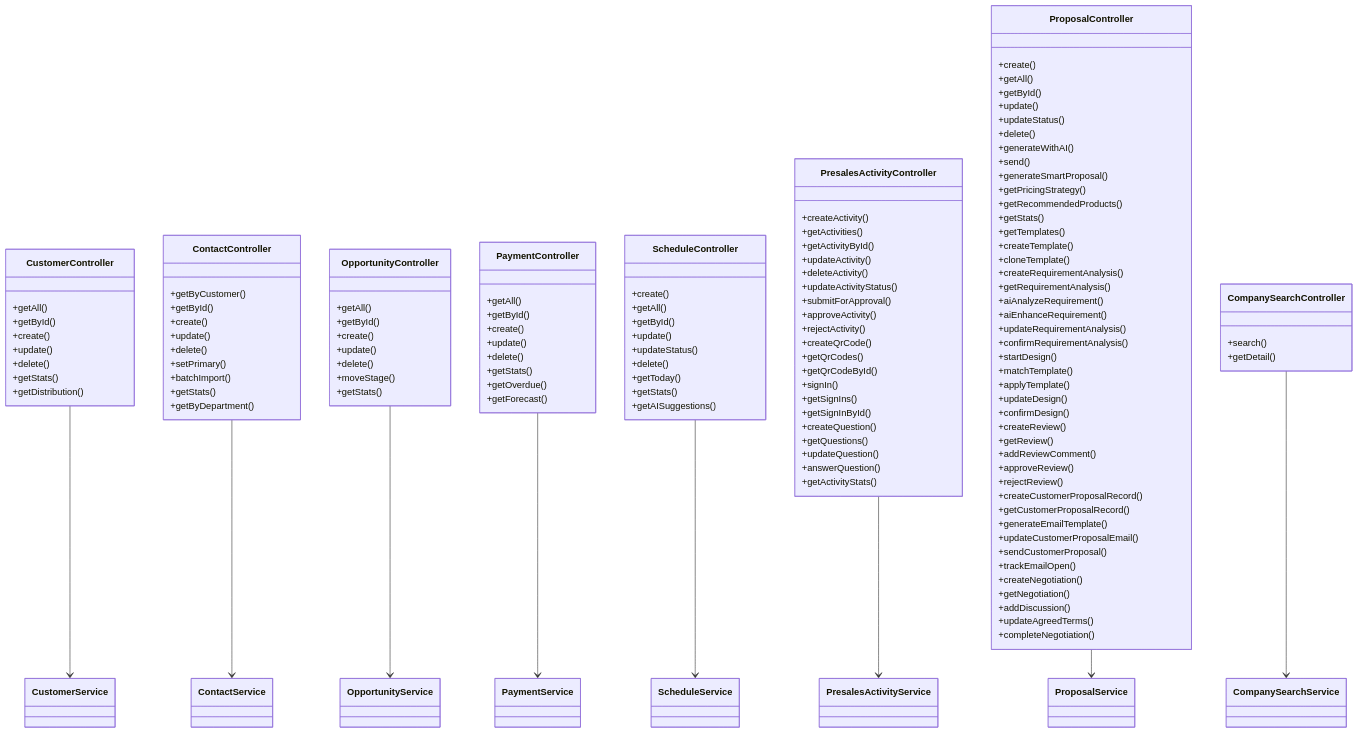
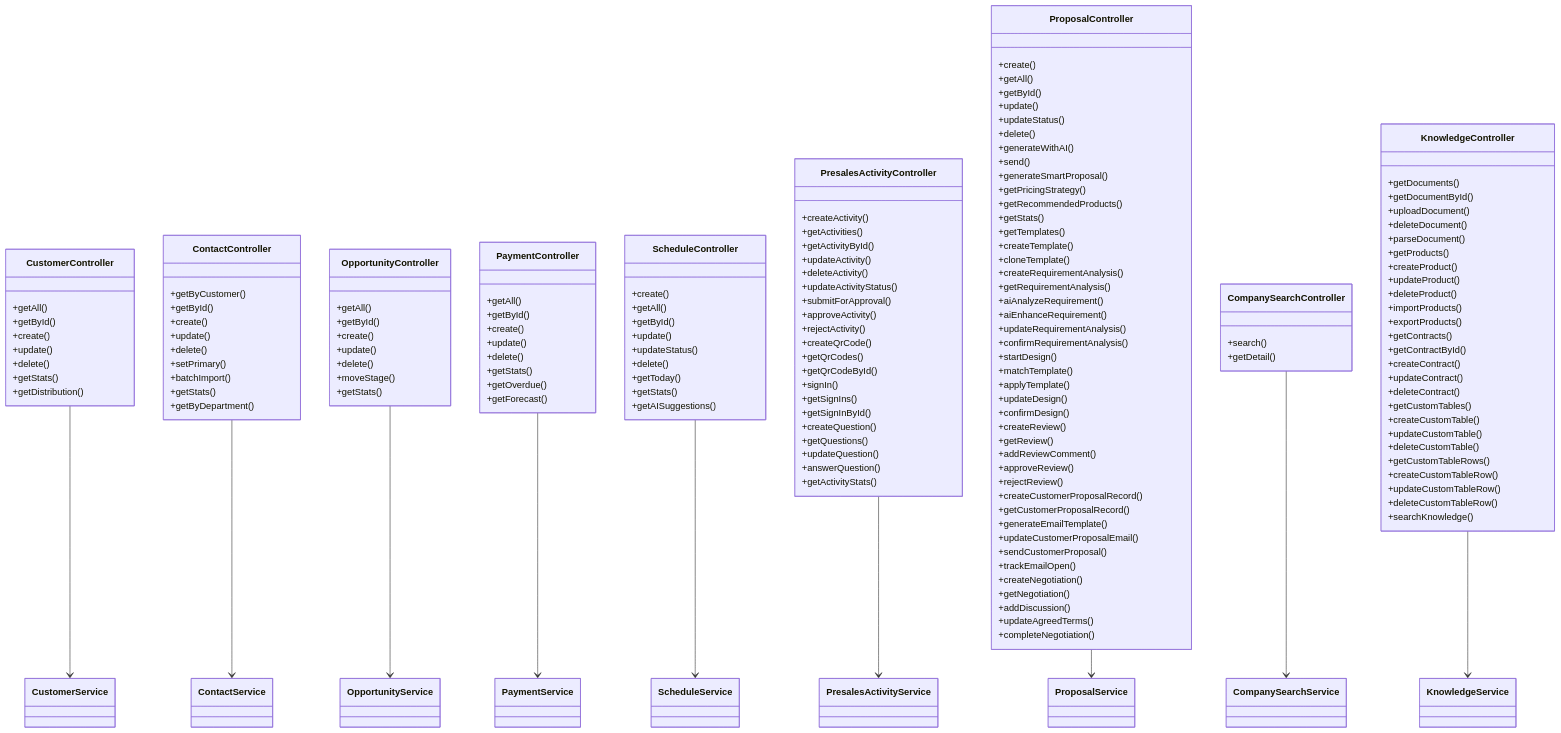
One commit to xianjianshenqu/SalesFlow-CRM changed diagram 36 of 37 in .qoder/repowiki/zh/content/Database Schema.md. Above: the diagram before and after it, drawn with Mermaid. The commit also changed other lines of this file and 10 other files, not shown here.

````diff
--- a/.qoder/repowiki/zh/content/Database Schema.md
+++ b/.qoder/repowiki/zh/content/Database Schema.md
@@ -1491,6 +1773,33 @@
 +search()
 +getDetail()
 }
+class KnowledgeController {
++getDocuments()
++getDocumentById()
++uploadDocument()
++deleteDocument()
++parseDocument()
++getProducts()
++createProduct()
++updateProduct()
++deleteProduct()
++importProducts()
++exportProducts()
++getContracts()
++getContractById()
++createContract()
++updateContract()
++deleteContract()
++getCustomTables()
++createCustomTable()
++updateCustomTable()
++deleteCustomTable()
++getCustomTableRows()
++createCustomTableRow()
++updateCustomTableRow()
++deleteCustomTableRow()
++searchKnowledge()
+}
 CustomerController --> CustomerService
 ContactController --> ContactService
 OpportunityController --> OpportunityService
@@ -1499,4 +1808,5 @@
 PresalesActivityController --> PresalesActivityService
 ProposalController --> ProposalService
 CompanySearchController --> CompanySearchService
+KnowledgeController --> KnowledgeService
 ```
````
